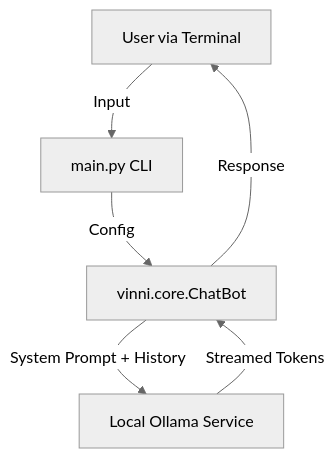
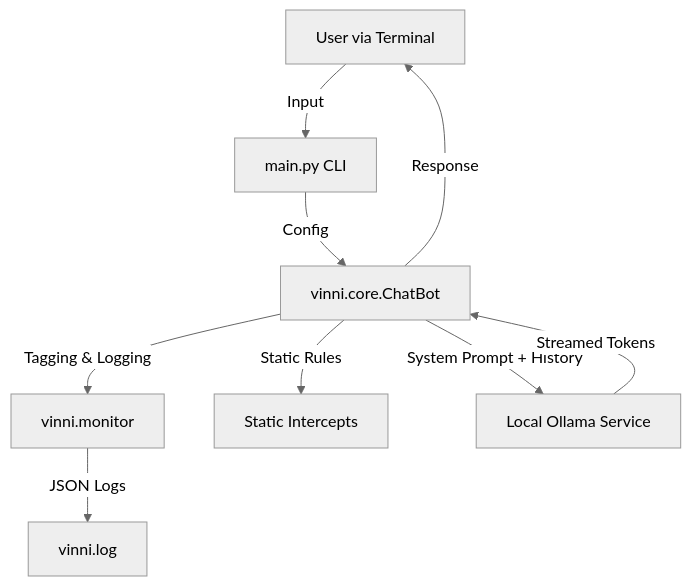
One commit to SpaceSpectre/ViNNi changed the diagram in ARCHITECTURE.md. Above: the diagram before and after it, drawn with Mermaid (neutral theme). The commit also changed other lines of this file and 1 other file, not shown here.

Commit message:
Docs: Update README and Architecture for v0.1.3 Observability Release

````diff
--- a/ARCHITECTURE.md
+++ b/ARCHITECTURE.md
@@ -9,8 +9,11 @@
 ```mermaid
 graph TD
     User[User via Terminal] -->|Input| Main[main.py CLI]
     Main -->|Config| Core[vinni.core.ChatBot]
+    Core -->|Tagging & Logging| Monitor[vinni.monitor]
+    Core -->|Static Rules| Static[Static Intercepts]
     Core -->|System Prompt + History| Ollama[Local Ollama Service]
     Ollama -->|Streamed Tokens| Core
     Core -->|Response| User
+    Monitor -->|JSON Logs| LogFile[vinni.log]
 ```
````
